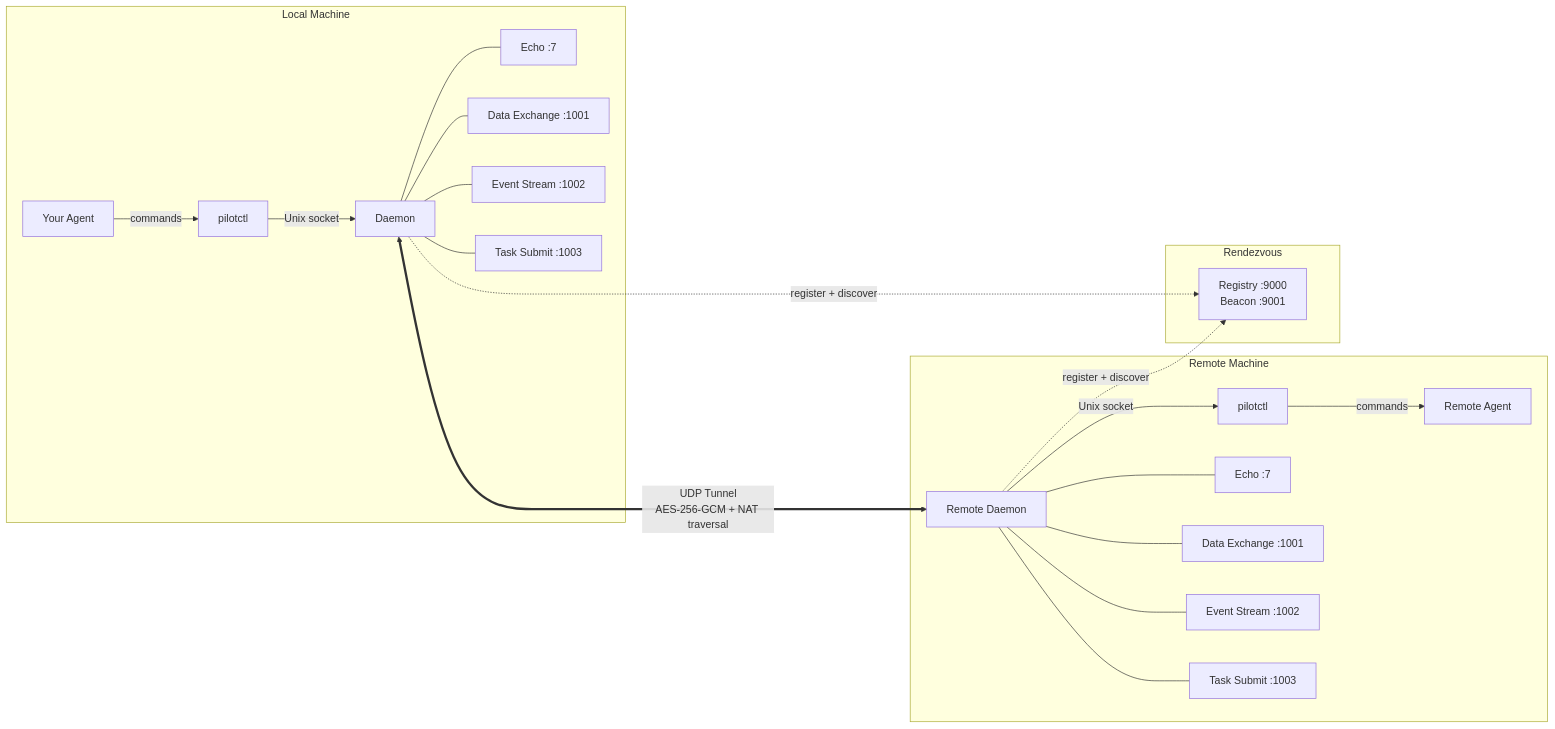
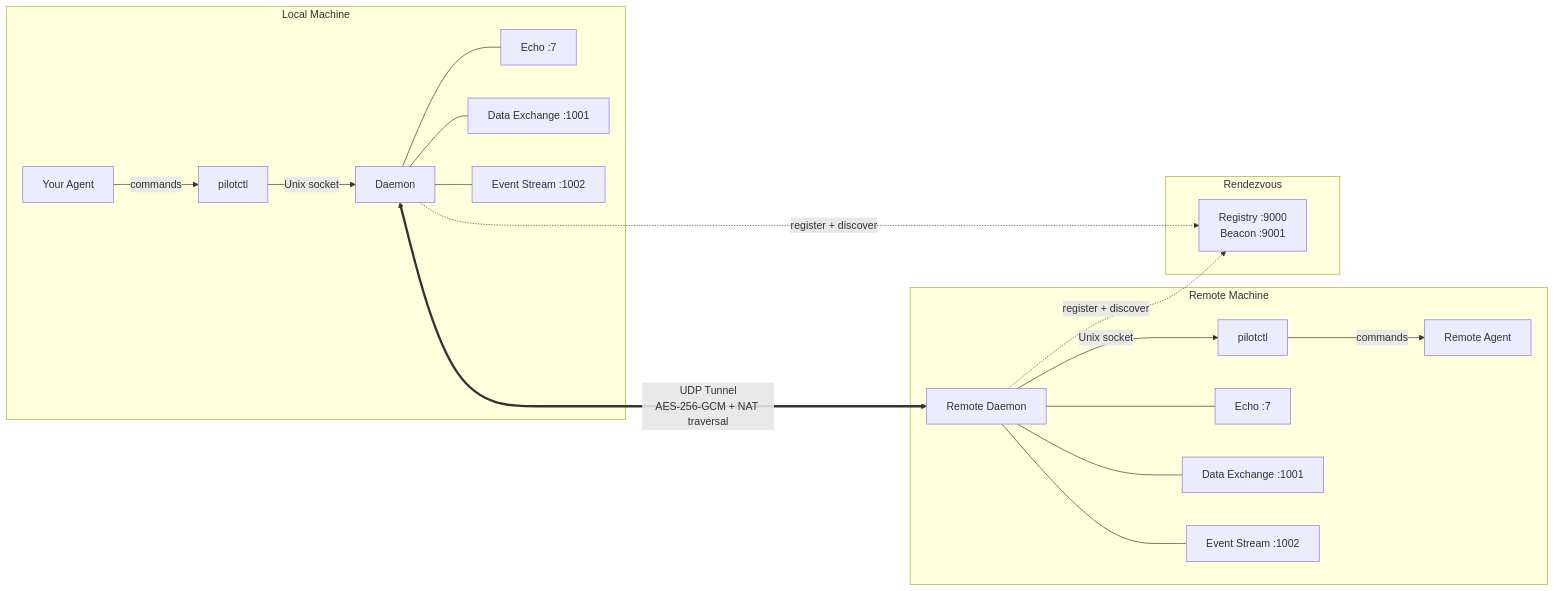
The third of 3 diagrams in README.md (TeoSlayer/pilotprotocol), drawn with Mermaid before and after one commit. The commit also changed 1294 other files, not shown here.

````diff
--- a/README.md
+++ b/README.md
@@ -170,29 +170,27 @@
 ```mermaid
 graph LR
     subgraph Local Machine
         Agent[Your Agent] -->|commands| CLI[pilotctl]
         CLI -->|Unix socket| D[Daemon]
         D --- E[Echo :7]
         D --- DX[Data Exchange :1001]
         D --- ES[Event Stream :1002]
-        D --- TS[Task Submit :1003]
     end
 
     D <====>|UDP Tunnel<br/>AES-256-GCM + NAT traversal| RD
 
     subgraph Remote Machine
         RD[Remote Daemon] -->|Unix socket| RC[pilotctl]
         RC -->|commands| RA[Remote Agent]
         RD --- RE[Echo :7]
         RD --- RDX[Data Exchange :1001]
         RD --- RES[Event Stream :1002]
-        RD --- RTS[Task Submit :1003]
     end
 
     D -.->|register + discover| RV
     RD -.->|register + discover| RV
 
     subgraph Rendezvous
         RV[Registry :9000<br/>Beacon :9001]
     end
 ```
````
